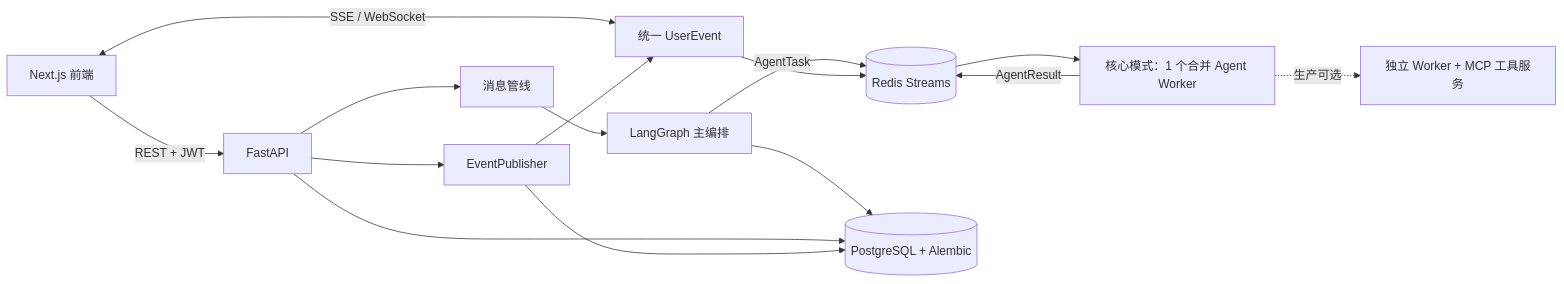
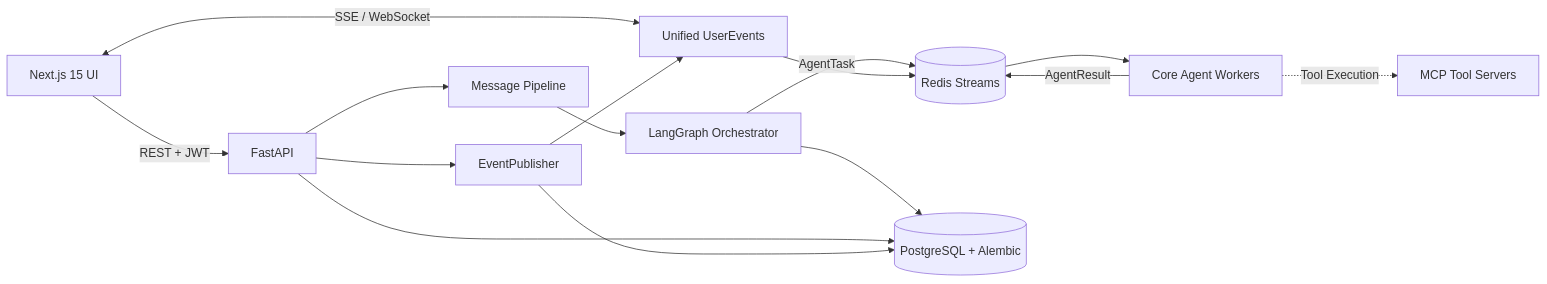
Before and after one commit to TusharSharma77/Nexis: the diagram in README.md, drawn with Mermaid. The commit also changed other lines of this file and 87 other files, not shown here.

Commit message:
Translate UI, agent prompts, and core system documentation to English

````diff
--- a/README.md
+++ b/README.md
@@ -23,17 +27,17 @@
 ```mermaid
 flowchart LR
-    UI["Next.js 前端"] -->|"REST + JWT"| API["FastAPI"]
-    UI <-->|"SSE / WebSocket"| EVENTS["统一 UserEvent"]
-    API --> PIPE["消息管线"]
-    PIPE --> ORCH["LangGraph 主编排"]
+    UI["Next.js 15 UI"] -->|"REST + JWT"| API["FastAPI"]
+    UI <-->|"SSE / WebSocket"| EVENTS["Unified UserEvents"]
+    API --> PIPE["Message Pipeline"]
+    PIPE --> ORCH["LangGraph Orchestrator"]
     ORCH -->|"AgentTask"| REDIS[("Redis Streams")]
-    REDIS --> WORKERS["核心模式：1 个合并 Agent Worker"]
-    WORKERS -.->|"生产可选"| TOOLS["独立 Worker + MCP 工具服务"]
+    REDIS --> WORKERS["Core Agent Workers"]
+    WORKERS -.->|"Tool Execution"| TOOLS["MCP Tool Servers"]
     WORKERS -->|"AgentResult"| REDIS
     ORCH --> PG[("PostgreSQL + Alembic")]
     API --> PG
     API --> PUB["EventPublisher"]
     PUB --> PG
     PUB --> EVENTS
     EVENTS --> REDIS
 ```
````
